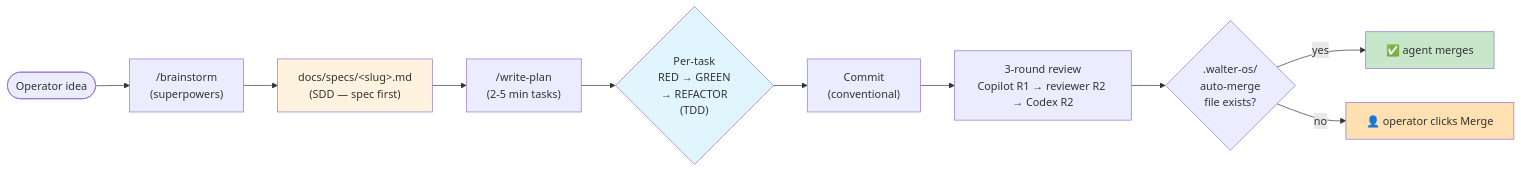
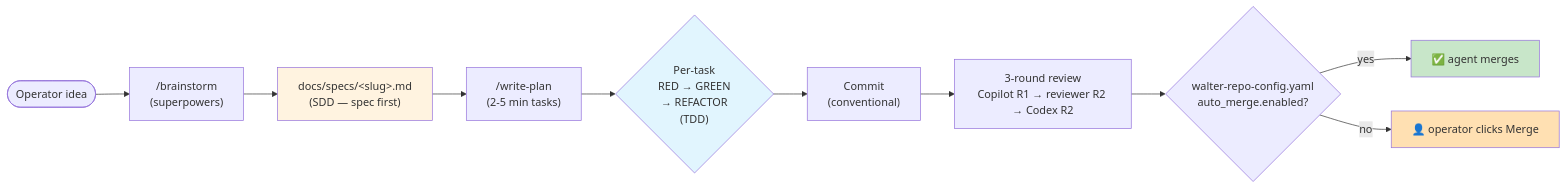
Before and after one commit to Xipher-Labs/walter-os: the second of 2 diagrams in README.md, drawn with Mermaid. The commit also changed other lines of this file and 5 other files, not shown here.

Commit message:
docs: fold auto-merge policy into repo config

````diff
--- a/README.md
+++ b/README.md
@@ -234,17 +234,17 @@
 ```mermaid
 flowchart LR
     Idea([Operator idea]) --> Brainstorm["/brainstorm<br/>(superpowers)"]
     Brainstorm --> Spec["docs/specs/&lt;slug&gt;.md<br/>(SDD — spec first)"]
     Spec --> Plan["/write-plan<br/>(2-5 min tasks)"]
     Plan --> RGR{"Per-task<br/>RED → GREEN<br/>→ REFACTOR<br/>(TDD)"}
     RGR --> Commit["Commit<br/>(conventional)"]
     Commit --> Review["3-round review<br/>Copilot R1 → reviewer R2 → Codex R2"]
-    Review --> Merge{".walter-os/<br/>auto-merge<br/>file exists?"}
+    Review --> Merge{"walter-repo-config.yaml<br/>auto_merge.enabled?"}
     Merge -->|yes| Auto["✅ agent merges"]
     Merge -->|no| Manual["👤 operator clicks Merge"]
 
     style Spec fill:#fff3e0
     style RGR fill:#e1f5fe
     style Auto fill:#c8e6c9
     style Manual fill:#ffe0b2
 ```
````
